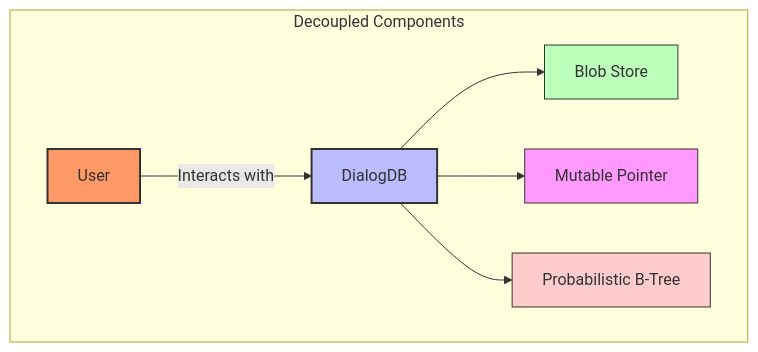
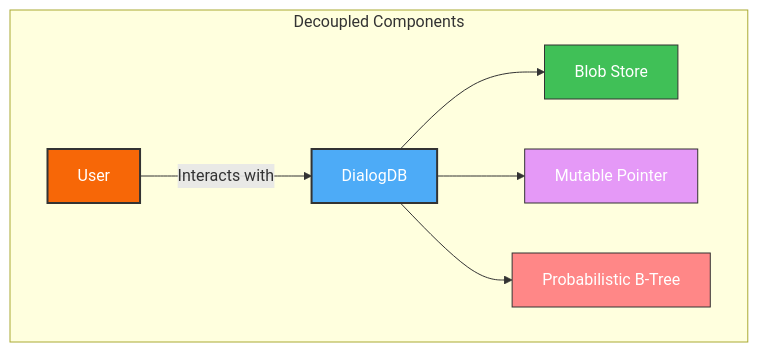
One commit to dialog-db/dialog-db changed the seventh of 11 diagrams in notes/architecture overview.md. Above: the diagram before and after it, drawn with Mermaid. The commit also changed other lines of this file, not shown here.

````diff
--- a/notes/architecture overview.md
+++ b/notes/architecture overview.md
@@ -228,15 +228,15 @@
 ```mermaid
 flowchart TD
     subgraph "Decoupled Components"
         User["User"] -->|"Interacts with"| DB["DialogDB"]
         DB --> BS["Blob Store"]
         DB --> MP["Mutable Pointer"]
         DB --> PBT["Probabilistic B-Tree"]
 
-        style User fill:#f96,stroke:#333,stroke-width:2px
-        style DB fill:#bbf,stroke:#333,stroke-width:2px
-        style BS fill:#bfb,stroke:#333,stroke-width:1px
-        style MP fill:#f9f,stroke:#333,stroke-width:1px
-        style PBT fill:#fcc,stroke:#333,stroke-width:1px
+        style User fill:#F76707,stroke:#333,stroke-width:2px,color:#FFFFFF
+        style DB fill:#4DABF7,stroke:#333,stroke-width:2px,color:#FFFFFF
+        style BS fill:#40C057,stroke:#333,stroke-width:1px,color:#FFFFFF
+        style MP fill:#E599F7,stroke:#333,stroke-width:1px,color:#FFFFFF
+        style PBT fill:#FF8787,stroke:#333,stroke-width:1px,color:#FFFFFF
     end
 ```
````
